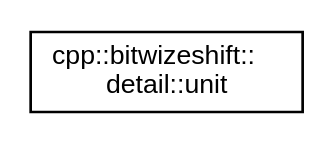
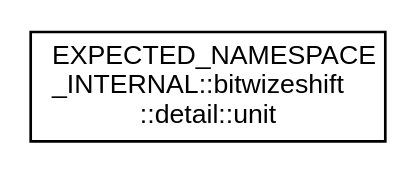
Before and after one commit to bitwizeshift/result: the diagram in api/latest/inherit_graph_21.dot, drawn with Graphviz. The commit also changed 399 other files, not shown here.

```diff
--- a/api/latest/inherit_graph_21.dot
+++ b/api/latest/inherit_graph_21.dot
@@ -1,7 +1,7 @@
 digraph "Graphical Class Hierarchy"
 {
   edge [fontname="Helvetica",fontsize="10",labelfontname="Helvetica",labelfontsize="10"];
   node [fontname="Helvetica",fontsize="10",shape=record];
   rankdir="LR";
-  Node0 [label="cpp::bitwizeshift::\ldetail::unit",height=0.2,width=0.4,color="black", fillcolor="white", style="filled",URL="$d2/d63/structcpp_1_1bitwizeshift_1_1detail_1_1unit.html",tooltip="A standalone monostate object (effectively std::monostate). This exists to allow for void specializat..."];
+  Node0 [label="EXPECTED_NAMESPACE\l_INTERNAL::bitwizeshift\l::detail::unit",height=0.2,width=0.4,color="black", fillcolor="white", style="filled",URL="$db/dee/struct_e_x_p_e_c_t_e_d___n_a_m_e_s_p_a_c_e___i_n_t_e_r_n_a_l_1_1bitwizeshift_1_1detail_1_1unit.html",tooltip="A standalone monostate object (effectively std::monostate). This exists to allow for void specializat..."];
 }
```
